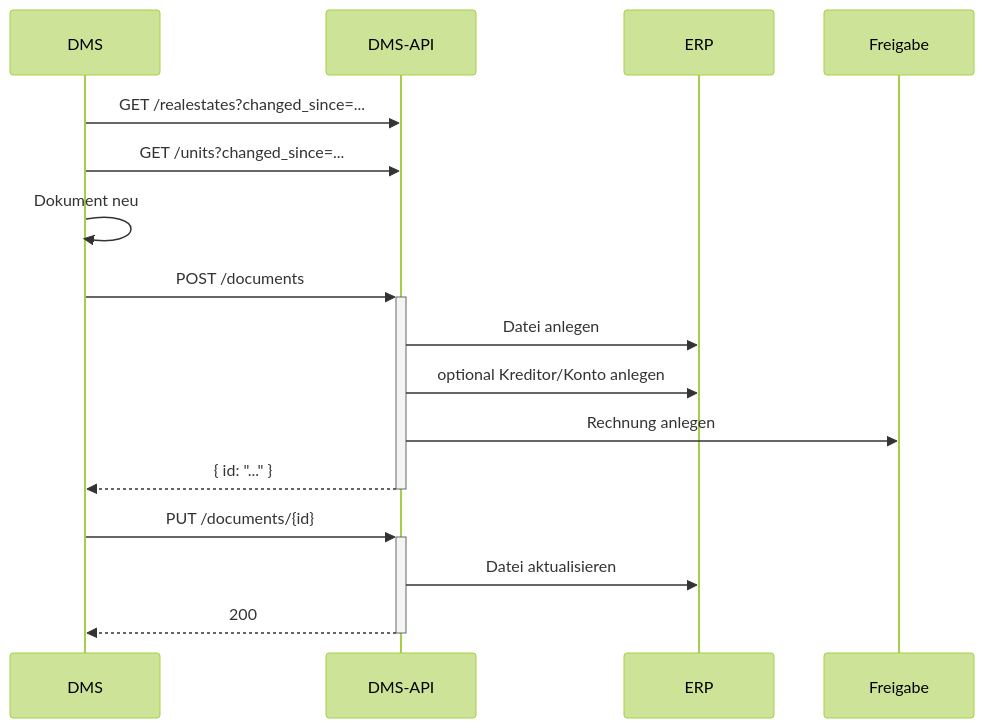
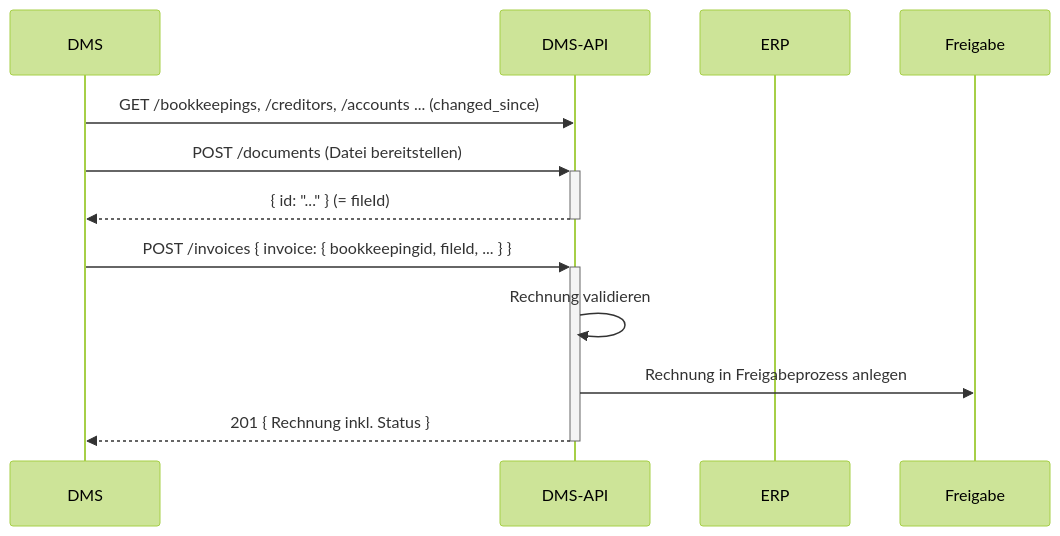
One commit to wwimmo/ww-dms-api changed the diagram in docs/2-anleitungen/2-rechnung-importieren.md. Above: the diagram before and after it, drawn with Mermaid (forest theme). The commit also changed other lines of this file and 2 other files, not shown here.

Commit message:
docs(anleitungen): entity-type-werte korrigieren, rechnungs-flow über POST /invoices, löschsemantik

````diff
--- a/docs/2-anleitungen/2-rechnung-importieren.md
+++ b/docs/2-anleitungen/2-rechnung-importieren.md
@@ -37,18 +64,14 @@
 ```mermaid
 sequenceDiagram
   participant DMS
   participant API as DMS-API
   participant ERP
   participant WF as Freigabe
-  DMS->>API: GET /realestates?changed_since=...
-  DMS->>API: GET /units?changed_since=...
-  DMS->>DMS: Dokument neu
-  DMS->>+API: POST /documents
-  API->>ERP: Datei anlegen
-  API->>ERP: optional Kreditor/Konto anlegen
-  API->>WF: Rechnung anlegen
-  API-->>-DMS: { id: "..." }
-  DMS->>+API: PUT /documents/{id}
-  API->>ERP: Datei aktualisieren
-  API-->>-DMS: 200
+  DMS->>API: GET /bookkeepings, /creditors, /accounts ... (changed_since)
+  DMS->>+API: POST /documents (Datei bereitstellen)
+  API-->>-DMS: { id: "..." }   (= fileId)
+  DMS->>+API: POST /invoices { invoice: { bookkeepingid, fileId, ... } }
+  API->>API: Rechnung validieren
+  API->>WF: Rechnung in Freigabeprozess anlegen
+  API-->>-DMS: 201 { Rechnung inkl. Status }
 ```
````
